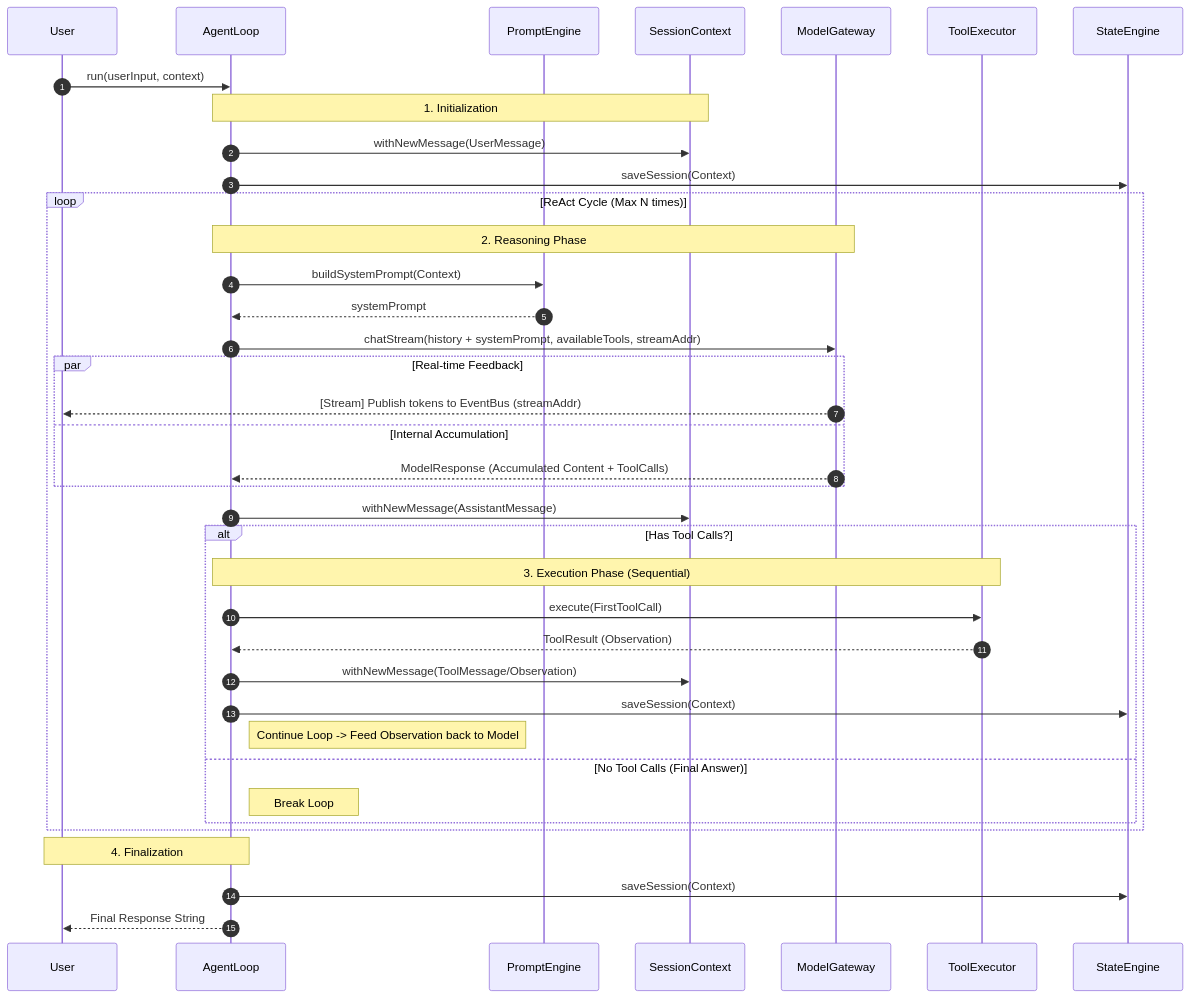
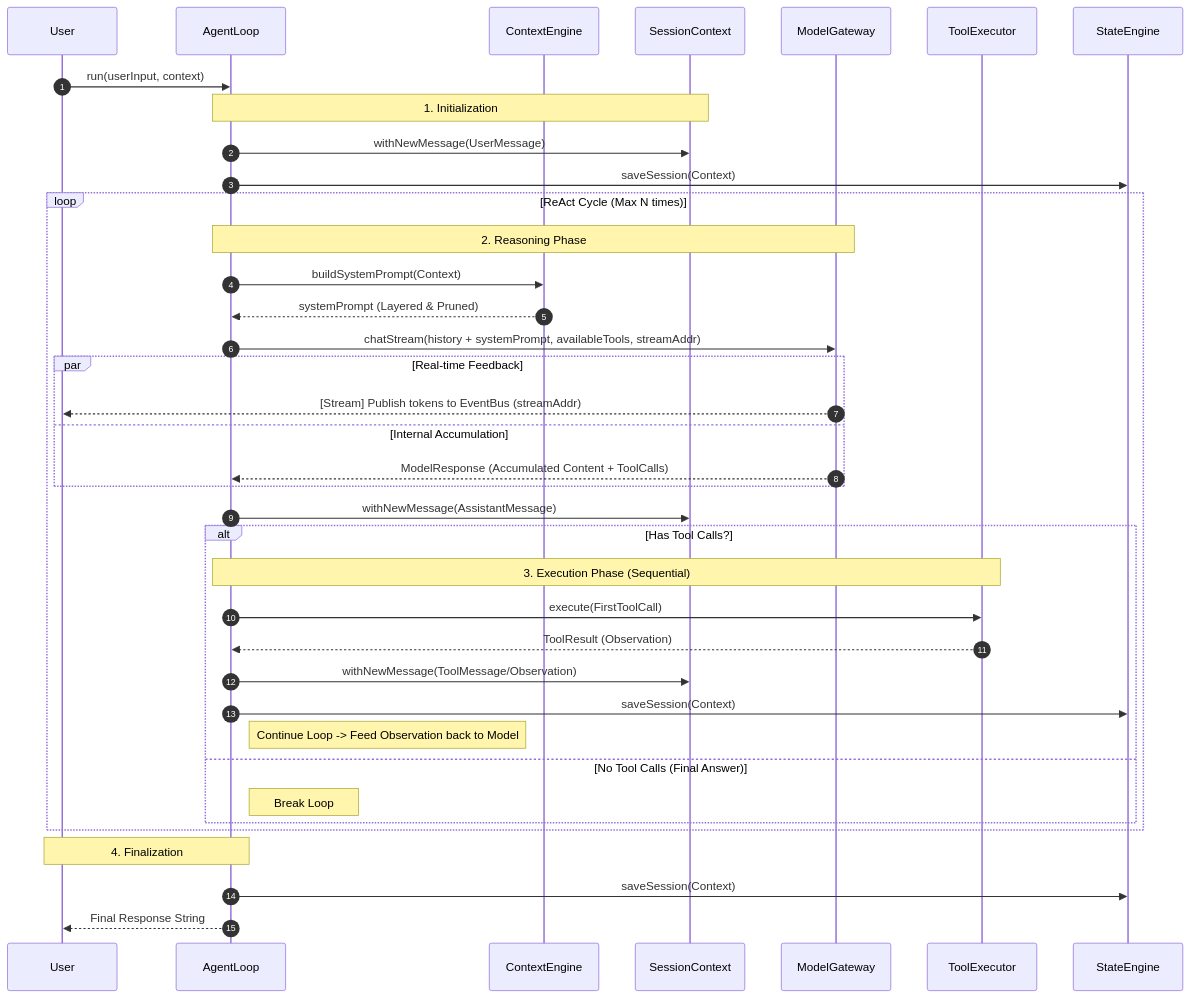
Before and after one commit to stream-iori/ganglia: the second of 3 diagrams in docs/CORE_KERNEL_DESIGN.md, drawn with Mermaid. The commit also changed other lines of this file and 110 other files, not shown here.

First line of the commit message:
refactor: restructure into multi-module project and implement ContextEngine (Phase 13)

````diff
--- a/docs/CORE_KERNEL_DESIGN.md
+++ b/docs/CORE_KERNEL_DESIGN.md
@@ -141,51 +132,51 @@
 ```mermaid
 sequenceDiagram
     autonumber
     participant User
     participant AgentLoop
-    participant PromptEngine
+    participant ContextEngine
     participant Context as SessionContext
     participant Model as ModelGateway
     participant ToolExec as ToolExecutor
     participant State as StateEngine
 
     User->>AgentLoop: run(userInput, context)
     
     Note over AgentLoop, Context: 1. Initialization
     AgentLoop->>Context: withNewMessage(UserMessage)
     AgentLoop->>State: saveSession(Context)
 
     loop ReAct Cycle (Max N times)
         Note over AgentLoop, Model: 2. Reasoning Phase
-        AgentLoop->>PromptEngine: buildSystemPrompt(Context)
-        PromptEngine-->>AgentLoop: systemPrompt
+        AgentLoop->>ContextEngine: buildSystemPrompt(Context)
+        ContextEngine-->>AgentLoop: systemPrompt (Layered & Pruned)
         
         AgentLoop->>Model: chatStream(history + systemPrompt, availableTools, streamAddr)
         
         par Real-time Feedback
             Model-->>User: [Stream] Publish tokens to EventBus (streamAddr)
         and Internal Accumulation
             Model-->>AgentLoop: ModelResponse (Accumulated Content + ToolCalls)
         end
         
         AgentLoop->>Context: withNewMessage(AssistantMessage)
         
         alt Has Tool Calls?
             Note over AgentLoop, ToolExec: 3. Execution Phase (Sequential)
             
             AgentLoop->>ToolExec: execute(FirstToolCall)
             ToolExec-->>AgentLoop: ToolResult (Observation)
             AgentLoop->>Context: withNewMessage(ToolMessage/Observation)
             
             AgentLoop->>State: saveSession(Context)
             Note right of AgentLoop: Continue Loop -> Feed Observation back to Model
             
         else No Tool Calls (Final Answer)
             Note right of AgentLoop: Break Loop
         end
     end
 
     Note over AgentLoop, User: 4. Finalization
     AgentLoop->>State: saveSession(Context)
     AgentLoop-->>User: Final Response String
 ```
````
